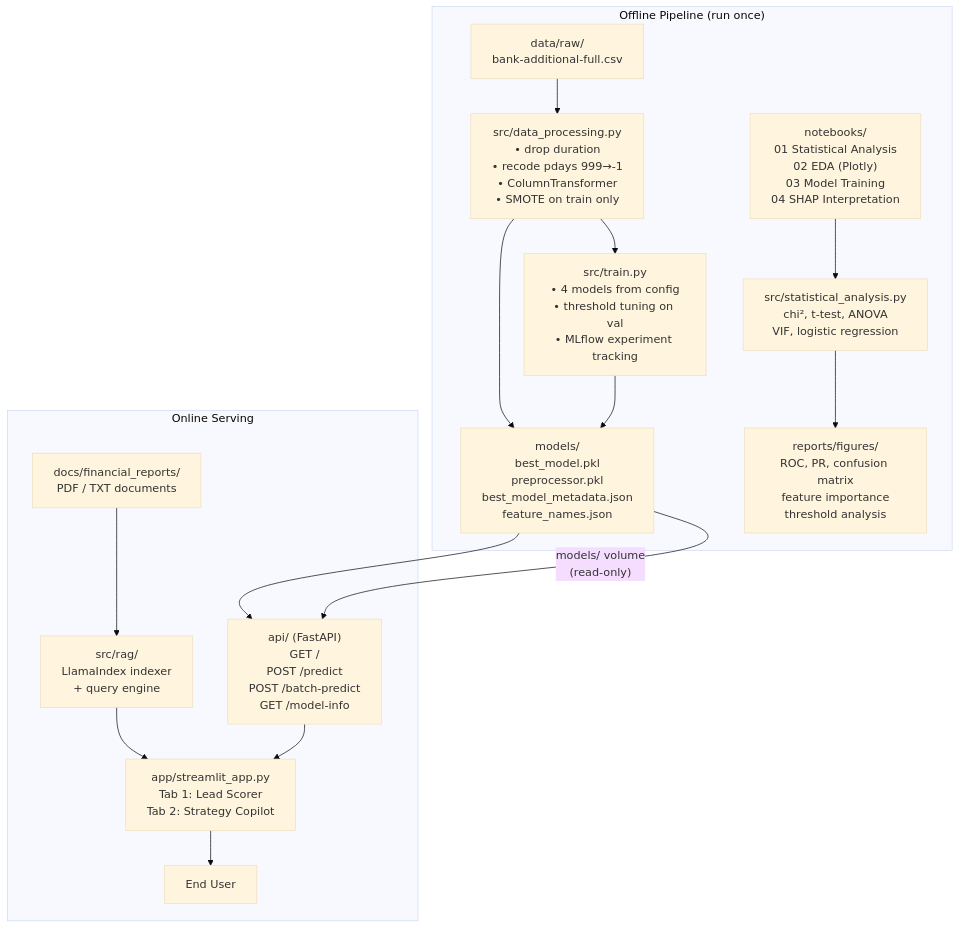
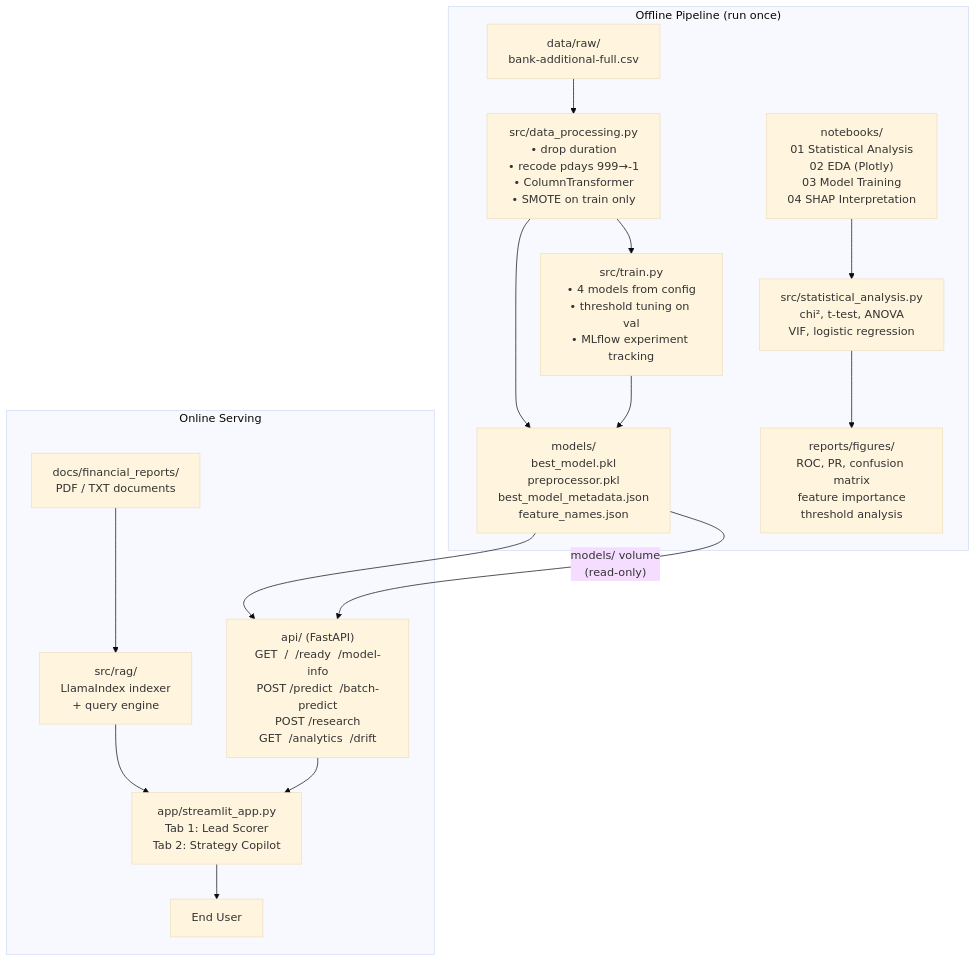
One commit to nikaergemlidze1/finsight-ai changed the diagram in docs/architecture.md. Above: the diagram before and after it, drawn with Mermaid (base theme). The commit also changed other lines of this file and 18 other files, not shown here.

````diff
--- a/docs/architecture.md
+++ b/docs/architecture.md
@@ -11,28 +11,28 @@
 ```mermaid
 flowchart TD
     subgraph Offline["Offline Pipeline (run once)"]
         CSV["data/raw/\nbank-additional-full.csv"]
         DP["src/data_processing.py\n• drop duration\n• recode pdays 999→-1\n• ColumnTransformer\n• SMOTE on train only"]
         TR["src/train.py\n• 4 models from config\n• threshold tuning on val\n• MLflow experiment tracking"]
         ART["models/\nbest_model.pkl\npreprocessor.pkl\nbest_model_metadata.json\nfeature_names.json"]
         NB["notebooks/\n01 Statistical Analysis\n02 EDA (Plotly)\n03 Model Training\n04 SHAP Interpretation"]
         SA["src/statistical_analysis.py\nchi², t-test, ANOVA\nVIF, logistic regression"]
         RPT["reports/figures/\nROC, PR, confusion matrix\nfeature importance\nthreshold analysis"]
     end
 
     subgraph Online["Online Serving"]
         FIG["docs/financial_reports/\nPDF / TXT documents"]
         RAG["src/rag/\nLlamaIndex indexer\n+ query engine"]
-        API["api/ (FastAPI)\nGET  /\nPOST /predict\nPOST /batch-predict\nGET  /model-info"]
+        API["api/ (FastAPI)\nGET  /  /ready  /model-info\nPOST /predict  /batch-predict\nPOST /research\nGET  /analytics  /drift"]
         ST["app/streamlit_app.py\nTab 1: Lead Scorer\nTab 2: Strategy Copilot"]
         USER["End User"]
     end
 
     CSV --> DP --> ART
     DP  --> TR --> ART
     NB  --> SA --> RPT
     ART --> API
     FIG --> RAG --> ST
     API --> ST --> USER
     ART --> |"models/ volume\n(read-only)"| API
 ```
````
